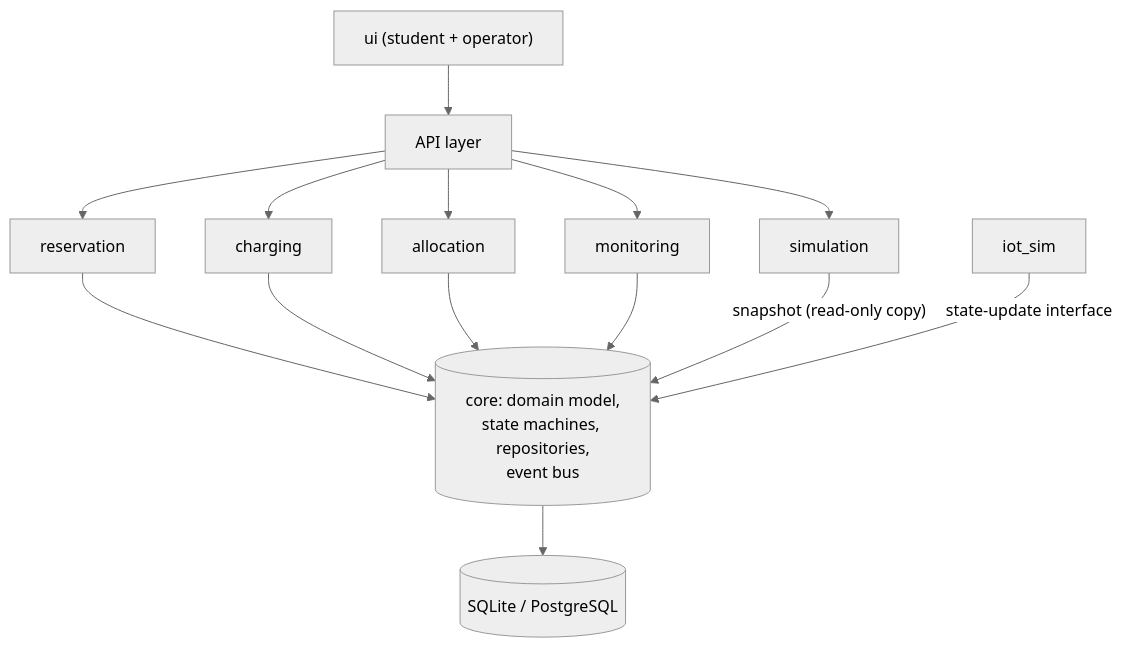
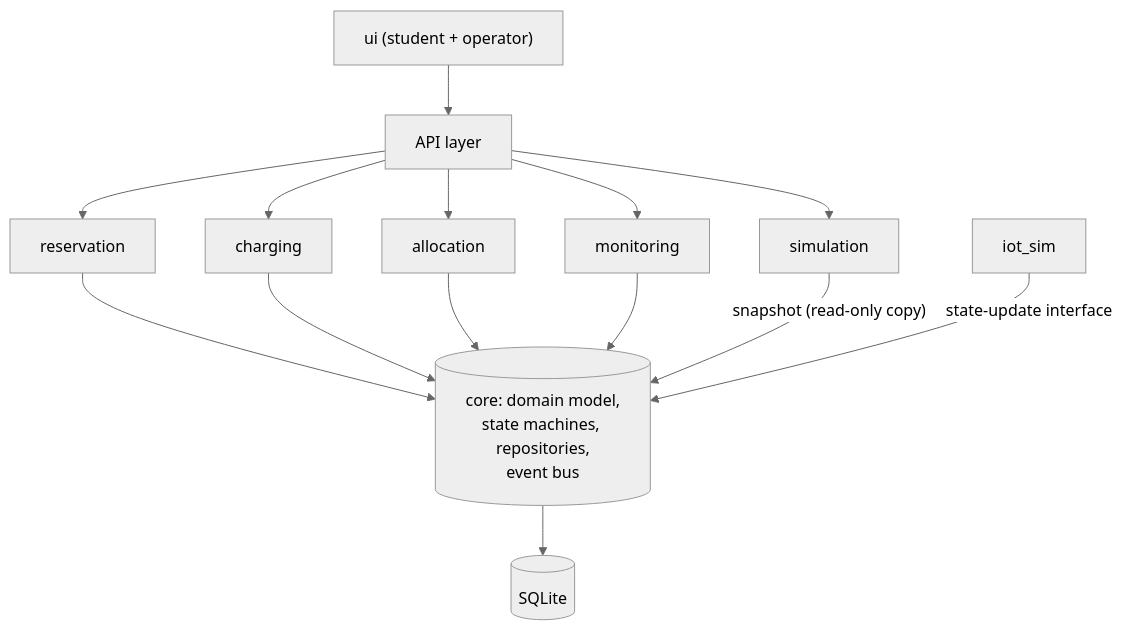
The diagram in docs/design/architecture/tech-stack-proposal.md (MabC06/smart-e-mobility-hub), drawn with Mermaid (neutral theme) before and after one commit. The commit also changed other lines of this file and 8 other files, not shown here.

````diff
--- a/docs/design/architecture/tech-stack-proposal.md
+++ b/docs/design/architecture/tech-stack-proposal.md
@@ -40,16 +43,16 @@
 ```mermaid
 flowchart TB
     UI["ui (student + operator)"] --> API["API layer"]
     API --> RES["reservation"]
     API --> CHG["charging"]
     API --> ALC["allocation"]
     API --> MON["monitoring"]
     API --> SIM["simulation"]
     RES --> CORE
     CHG --> CORE
     ALC --> CORE
     MON --> CORE
     SIM -->|"snapshot (read-only copy)"| CORE
     IOT["iot_sim"] -->|"state-update interface"| CORE
-    CORE[("core: domain model,<br/>state machines, repositories,<br/>event bus")] --> DB[("SQLite / PostgreSQL")]
+    CORE[("core: domain model,<br/>state machines, repositories,<br/>event bus")] --> DB[("SQLite")]
 ```
````
